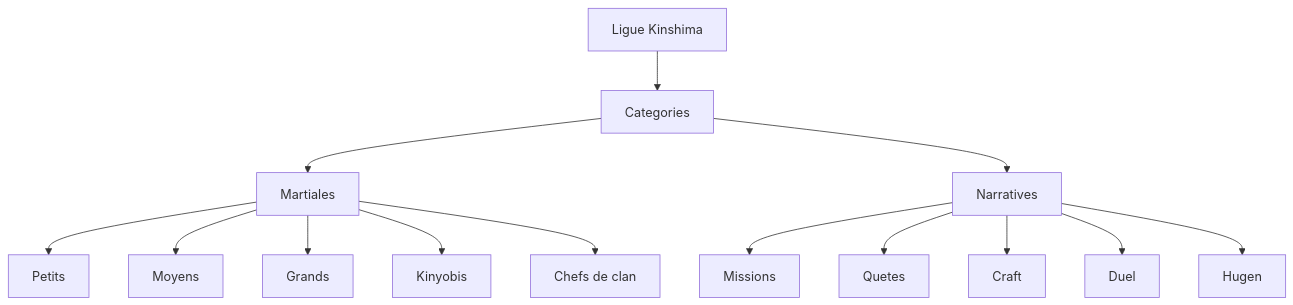
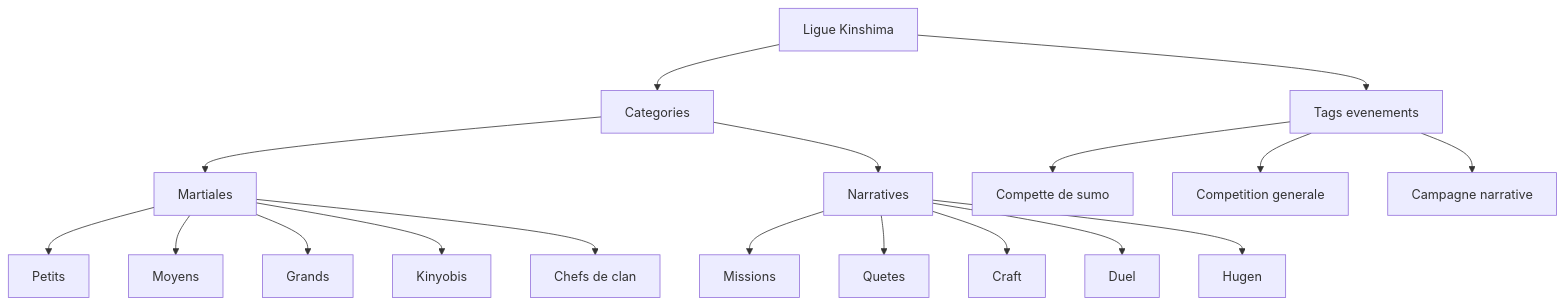
The diagram in README.md (vadoreledingue/LK-Tableau-scores), drawn with Mermaid before and after one commit. The commit also changed other lines of this file and 2 other files, not shown here.

````diff
--- a/README.md
+++ b/README.md
@@ -56,18 +63,23 @@
 ```mermaid
 flowchart TD
     A[Ligue Kinshima] --> C[Categories]
+    A --> T[Tags evenements]
     C --> C1[Martiales]
     C --> C2[Narratives]
 
     C1 --> M1[Petits]
     C1 --> M2[Moyens]
     C1 --> M3[Grands]
     C1 --> M4[Kinyobis]
     C1 --> M5[Chefs de clan]
 
     C2 --> N1[Missions]
     C2 --> N2[Quetes]
     C2 --> N3[Craft]
     C2 --> N4[Duel]
     C2 --> N5[Hugen]
+
+    T --> T1[Compette de sumo]
+    T --> T2[Competition generale]
+    T --> T3[Campagne narrative]
 ```
````
